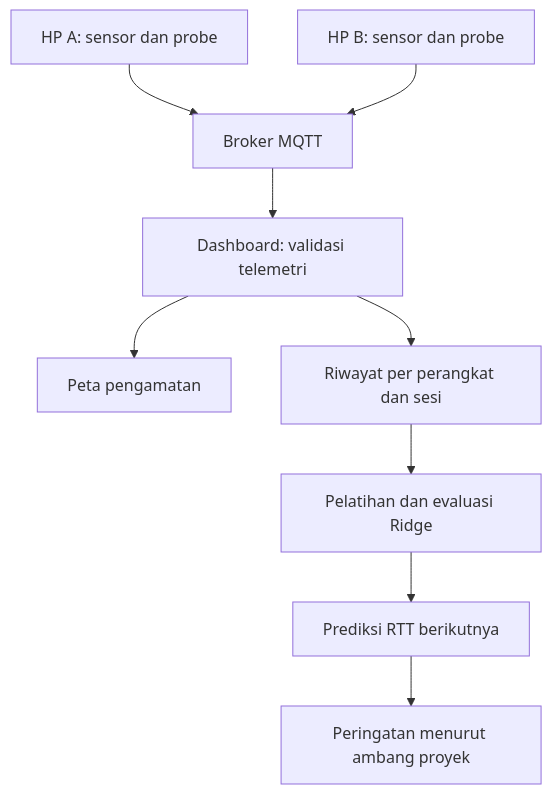
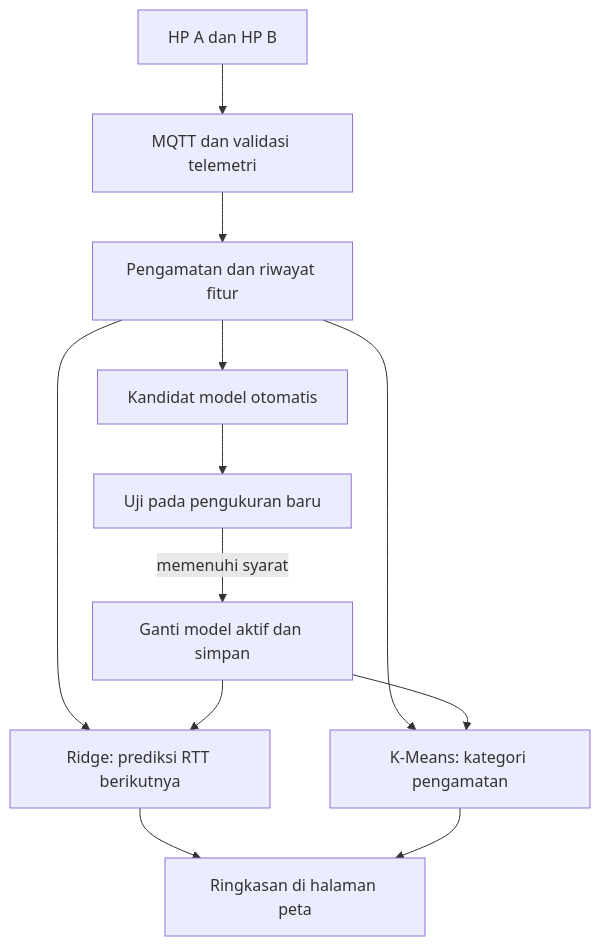
One commit to faadd/SigHeat changed the diagram in docs/AI_ML.md. Above: the diagram before and after it, drawn with Mermaid. The commit also changed other lines of this file and 38 other files, not shown here.

````diff
--- a/docs/AI_ML.md
+++ b/docs/AI_ML.md
@@ -44,11 +44,14 @@
 ```mermaid
 flowchart TB
-  A["HP A: sensor dan probe"] --> M["Broker MQTT"]
-  B["HP B: sensor dan probe"] --> M
-  M --> D["Dashboard: validasi telemetri"]
-  D --> P["Peta pengamatan"]
-  D --> R["Riwayat per perangkat dan sesi"]
-  R --> T["Pelatihan dan evaluasi Ridge"]
-  T --> F["Prediksi RTT berikutnya"]
-  F --> W["Peringatan menurut ambang proyek"]
+  A["HP A dan HP B"] --> B["MQTT dan validasi telemetri"]
+  B --> C["Pengamatan dan riwayat fitur"]
+  C --> D["Ridge: prediksi RTT berikutnya"]
+  C --> E["K-Means: kategori pengamatan"]
+  D --> F["Ringkasan di halaman peta"]
+  E --> F
+  C --> G["Kandidat model otomatis"]
+  G --> H["Uji pada pengukuran baru"]
+  H -->|"memenuhi syarat"| I["Ganti model aktif dan simpan"]
+  I --> D
+  I --> E
 ```
````
